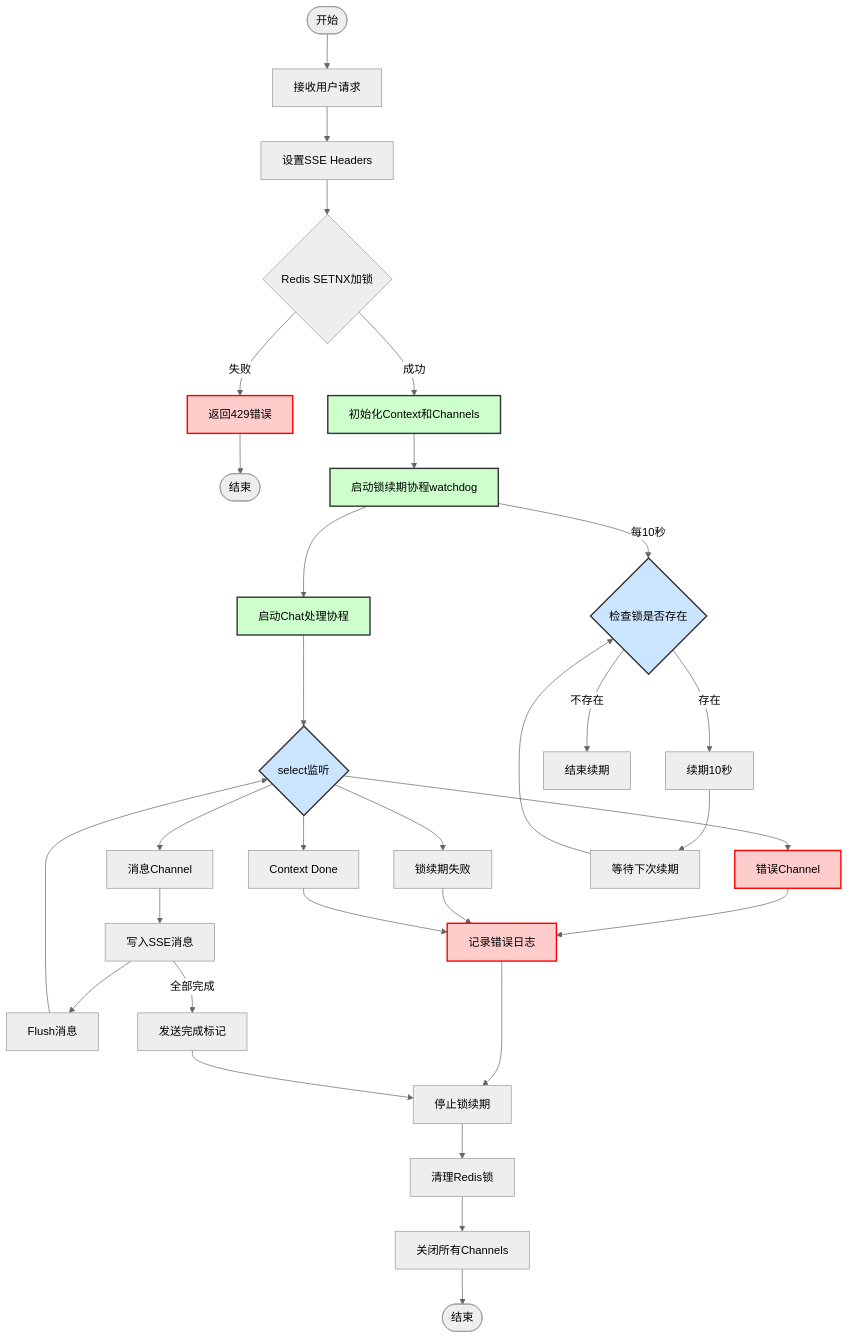
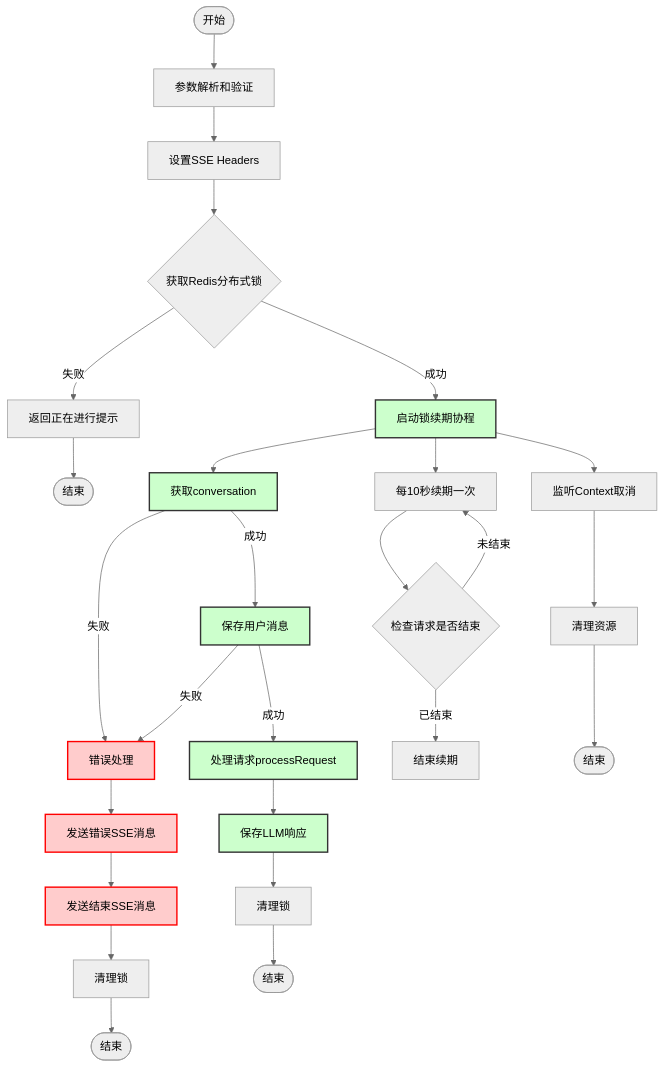
The diagram in all/未命名-15.md (yingjianzh/iodraw-files), drawn with Mermaid (neutral theme) before and after one commit.

Commit message:
2025-01-02 17:37:31 update

````diff
--- a/all/未命名-15.md
+++ b/all/未命名-15.md
@@ -1,56 +1,46 @@
 ```mermaid
 flowchart TD
-    Start([开始]) --> A[接收用户请求]
+    Start([开始]) --> A[参数解析和验证]
     A --> B[设置SSE Headers]
-    B --> C{Redis SETNX加锁}
+    B --> C{获取Redis分布式锁}
     
-    %% 加锁失败流程
-    C -->|失败| D[返回429错误]
+    C -->|失败| D[返回正在进行提示]
     D --> End1([结束])
     
-    %% 加锁成功流程
-    C -->|成功| E[初始化Context和Channels]
-    E --> F[启动锁续期协程watchdog]
-    F --> G[启动Chat处理协程]
+    C -->|成功| E[启动锁续期协程]
+    E --> F[获取conversation]
     
-    %% 并行监听流程
-    G --> H{select监听}
-    H --> I[Context Done]
-    H --> J[消息Channel]
-    H --> K[错误Channel]
-    H --> L[锁续期失败]
+    F -->|失败| G[错误处理]
+    F -->|成功| H[保存用户消息]
     
-    %% 消息处理
-    J --> M[写入SSE消息]
-    M --> N[Flush消息]
-    N --> H
+    H -->|失败| G[错误处理]
+    H -->|成功| I[处理请求processRequest]
     
-    %% 错误处理
-    K --> O[记录错误日志]
-    L --> O
-    I --> O
-    O --> P[停止锁续期]
-    P --> Q[清理Redis锁]
-    Q --> R[关闭所有Channels]
-    R --> End2([结束])
+    I --> J[保存LLM响应]
+    
+    %% 错误处理流程
+    G --> K[发送错误SSE消息]
+    K --> L[发送结束SSE消息]
+    L --> M[清理锁]
+    M --> End2([结束])
     
     %% 正常结束流程
-    M -->|全部完成| S[发送完成标记]
-    S --> P
+    J --> N[清理锁]
+    N --> End3([结束])
     
-    %% 续期协程
-    F -->|每10秒| T{检查锁是否存在}
-    T -->|存在| U[续期10秒]
-    U --> V[等待下次续期]
-    V --> T
-    T -->|不存在| W[结束续期]
+    %% 锁续期协程
+    E --> O[每10秒续期一次]
+    O --> P{检查请求是否结束}
+    P -->|未结束| O
+    P -->|已结束| Q[结束续期]
     
-    %% 样式定义
+    %% Context取消监听
+    E --> R[监听Context取消]
+    R --> S[清理资源]
+    S --> End4([结束])
+    
     classDef error fill:#ffcccc,stroke:#ff0000,stroke-width:2px
     classDef normal fill:#ccffcc,stroke:#333,stroke-width:2px
-    classDef monitor fill:#cce5ff,stroke:#333,stroke-width:2px
-    
-    class D,O,K error
-    class E,F,G normal
-    class H,T monitor
+    class G,K,L error
+    class E,F,H,I,J normal
 ```
````
